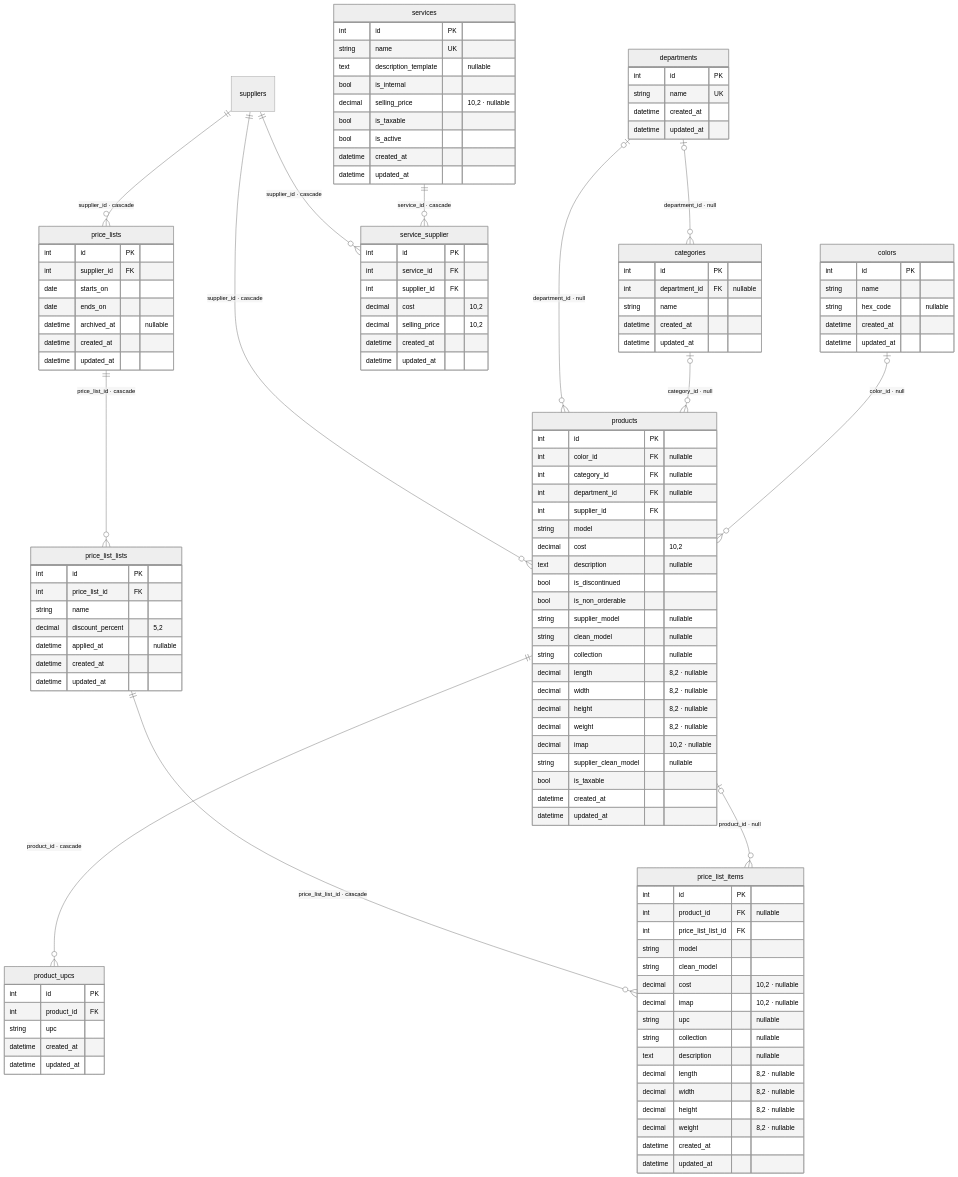
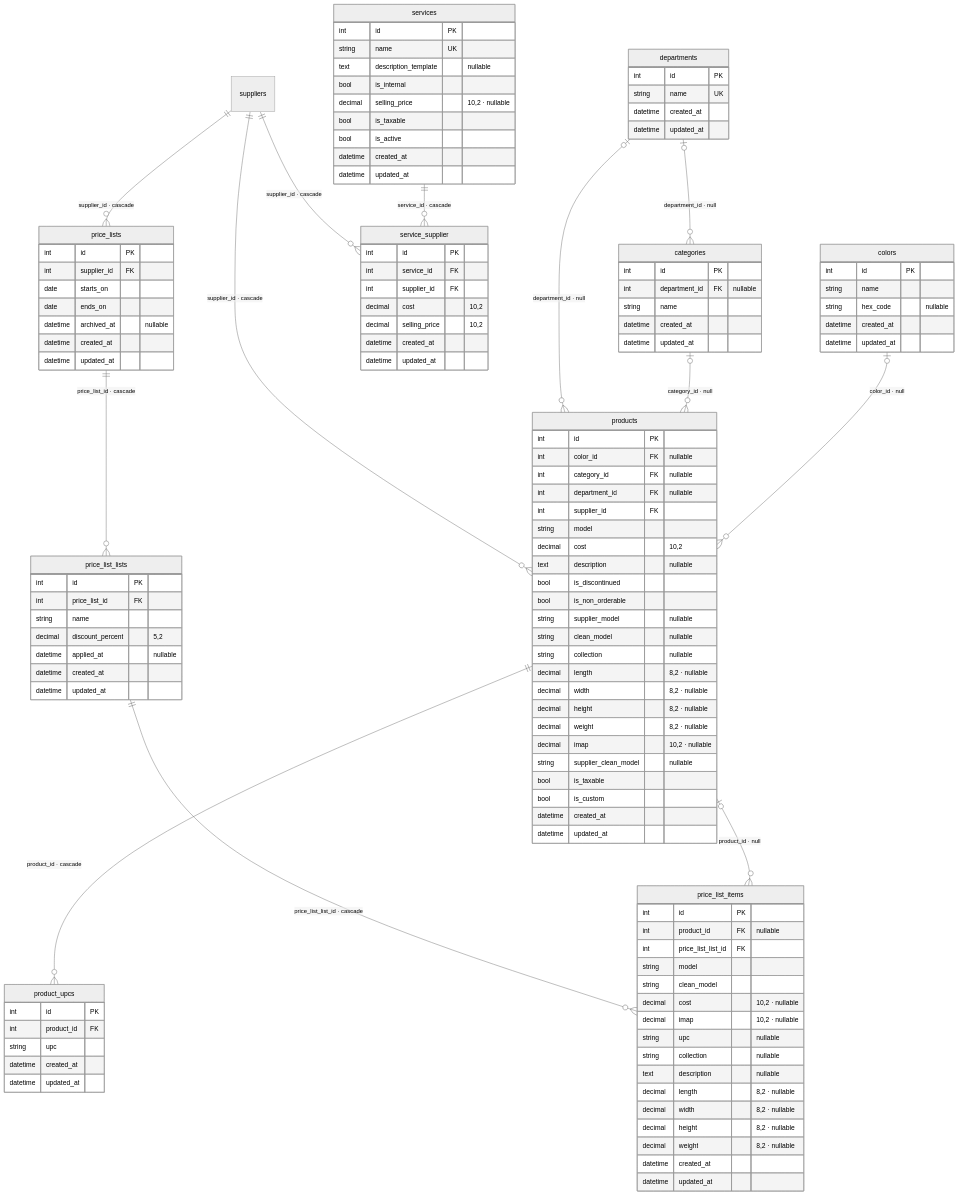
Before and after one commit to sebastienmarley/dkorpos: the fifth of 8 diagrams in dkor/docs/data-model.md, drawn with Mermaid (neutral theme). The commit also changed other lines of this file and 16 other files, not shown here.

```diff
--- a/dkor/docs/data-model.md
+++ b/dkor/docs/data-model.md
@@ -538,6 +545,7 @@
         decimal imap "10,2 · nullable"
         string supplier_clean_model "nullable"
         bool is_taxable
+        bool is_custom
         datetime created_at
         datetime updated_at
     }
```
